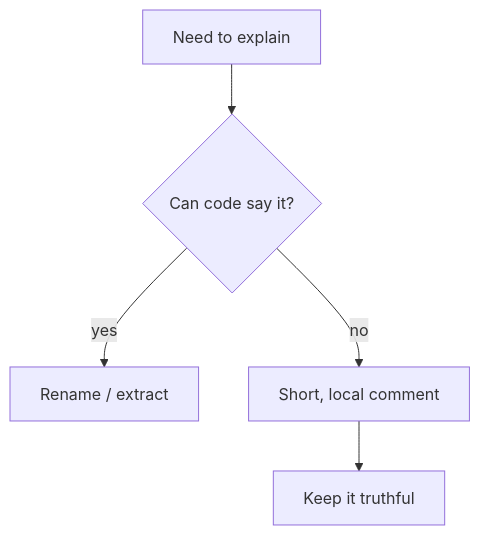
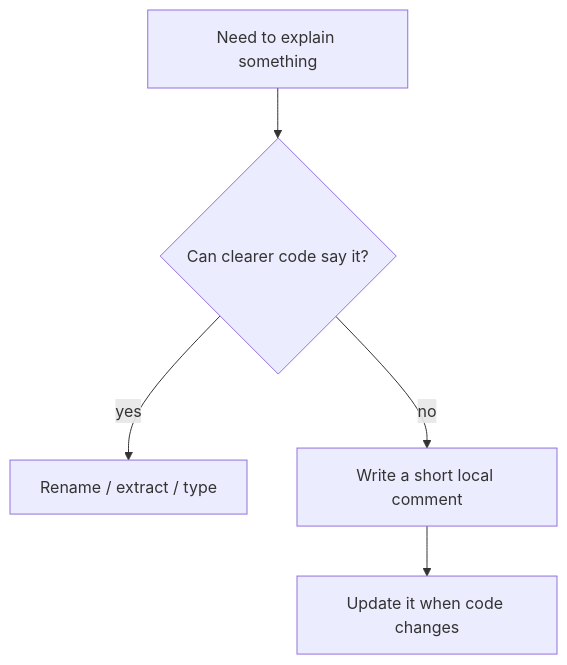
Before and after one commit to pmagnomuller/pmagnomuller.github.io: the diagram in _cleancode/ch04-comments.md, drawn with Mermaid. The commit also changed other lines of this file and 28 other files, not shown here.

````diff
--- a/_cleancode/ch04-comments.md
+++ b/_cleancode/ch04-comments.md
@@ -18,7 +41,7 @@
 ```mermaid
 flowchart TD
-  Need[Need to explain] --> Ask{Can code say it?}
-  Ask -->|yes| Rename[Rename / extract]
-  Ask -->|no| Comment[Short, local comment]
-  Comment --> Keep[Keep it truthful]
+  Need[Need to explain something] --> Ask{Can clearer code say it?}
+  Ask -->|yes| Refactor[Rename / extract / type]
+  Ask -->|no| Comment[Write a short local comment]
+  Comment --> Maintain[Update it when code changes]
 ```
````
